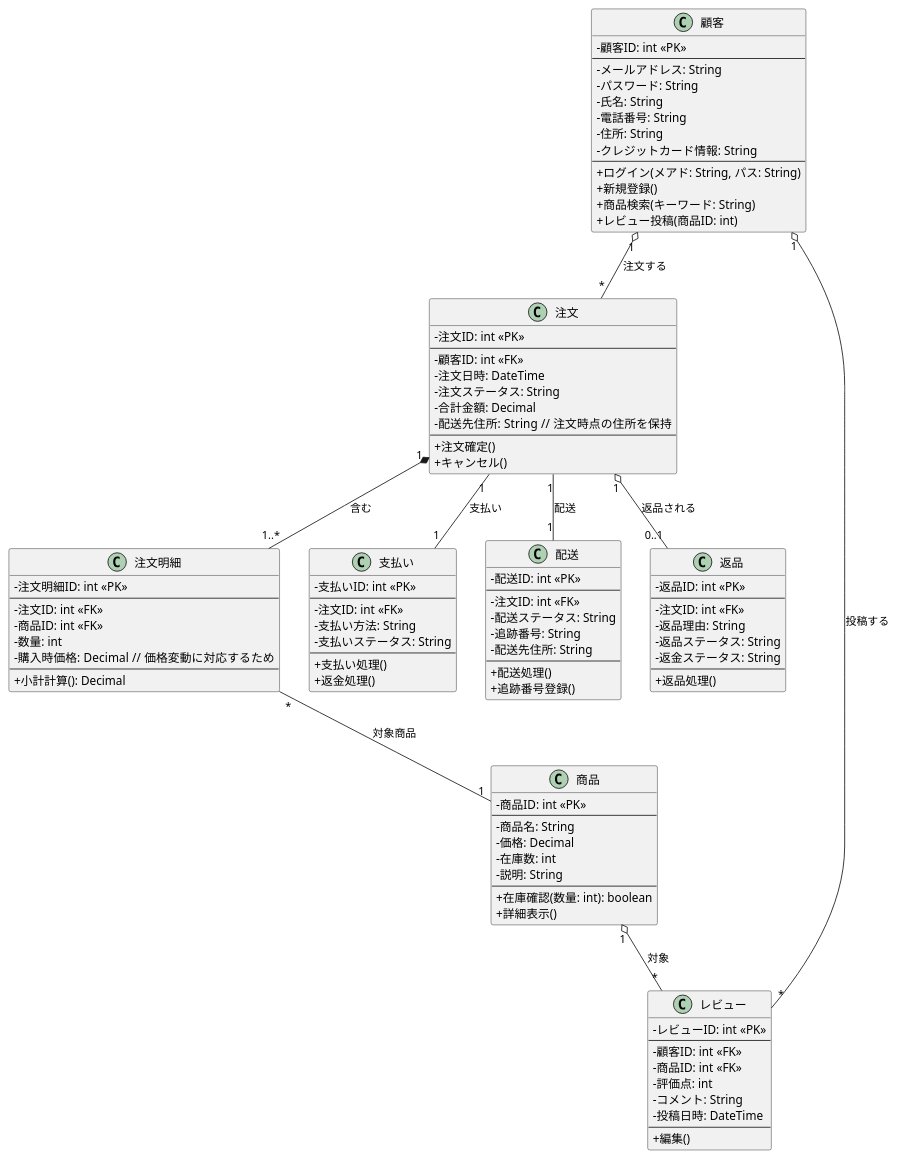
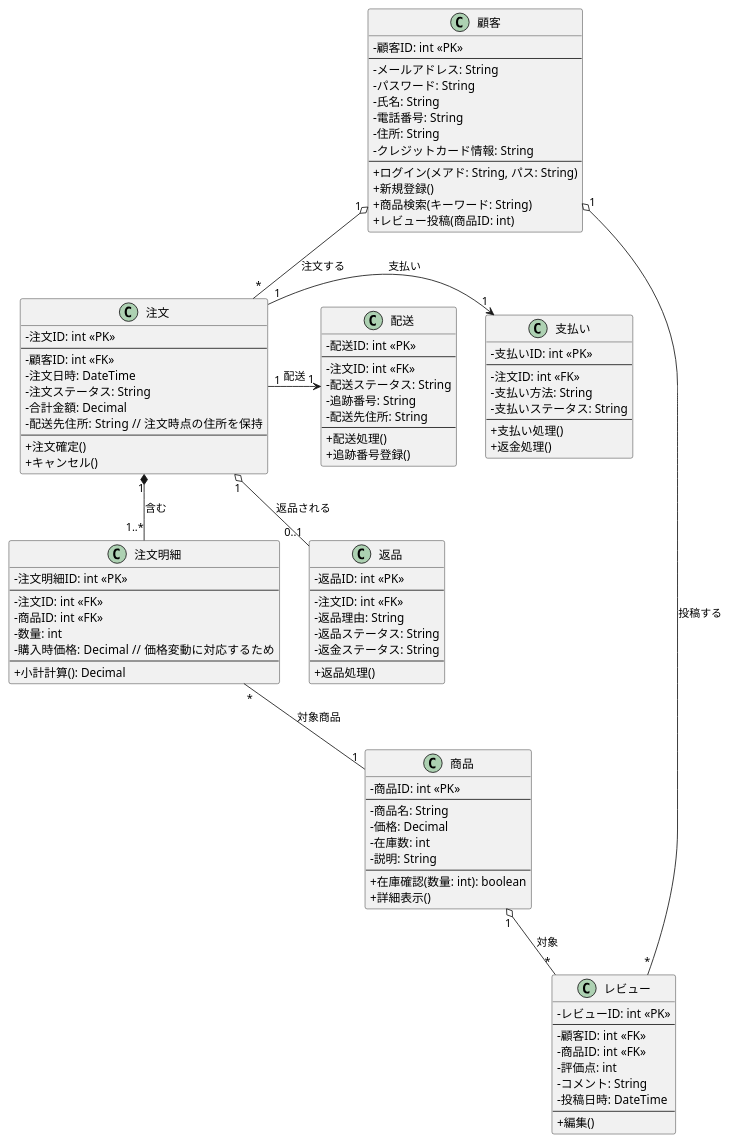
One commit to mameiku/group3-4 changed the diagram in class.pu. Above: the diagram before and after it, drawn with PlantUML.

Commit message:
微調整

```diff
--- a/class.pu
+++ b/class.pu
@@ -1,133 +1,133 @@
-@startuml Bag_systemドメインモデル図
+@startuml .
 skinparam handwritten false
 skinparam classAttributeIconSize 0
 
 class 顧客 {
     - 顧客ID: int <<PK>>
     --
     - メールアドレス: String
     - パスワード: String
     - 氏名: String
     - 電話番号: String
     - 住所: String
     - クレジットカード情報: String
     --
     + ログイン(メアド: String, パス: String)
     + 新規登録()
     + 商品検索(キーワード: String)
     + レビュー投稿(商品ID: int)
 }
 
 class 商品 {
     - 商品ID: int <<PK>>
     --
     - 商品名: String
     - 価格: Decimal
     - 在庫数: int
     - 説明: String
     --
     + 在庫確認(数量: int): boolean
     + 詳細表示()
 }
 
 class 注文 {
     - 注文ID: int <<PK>>
     --
     - 顧客ID: int <<FK>>
     - 注文日時: DateTime
     - 注文ステータス: String
     - 合計金額: Decimal
     - 配送先住所: String  // 注文時点の住所を保持
     --
     + 注文確定()
     + キャンセル()
 }
 
 class 注文明細 {
     - 注文明細ID: int <<PK>>
     --
     - 注文ID: int <<FK>>
     - 商品ID: int <<FK>>
     - 数量: int
     - 購入時価格: Decimal  // 価格変動に対応するため
     --
     + 小計計算(): Decimal
 }
 
 class レビュー {
     - レビューID: int <<PK>>
     --
     - 顧客ID: int <<FK>>
     - 商品ID: int <<FK>>
     - 評価点: int
     - コメント: String
     - 投稿日時: DateTime
     --
     + 編集()
 }
 
 class 支払い {
     - 支払いID: int <<PK>>
     --
     - 注文ID: int <<FK>>
     - 支払い方法: String
     - 支払いステータス: String
     --
     + 支払い処理()
     + 返金処理()
 }
 
 class 配送 {
     - 配送ID: int <<PK>>
     --
     - 注文ID: int <<FK>>
     - 配送ステータス: String
     - 追跡番号: String
     - 配送先住所: String
     --
     + 配送処理()
     + 追跡番号登録()
 }
 
 class 返品 {
     - 返品ID: int <<PK>>
     --
     - 注文ID: int <<FK>>
     - 返品理由: String
     - 返品ステータス: String
     - 返金ステータス: String
     --
     + 返品処理()
 }
 
 ' ====================================================================
 ' 関連定義 (Associations)
 ' ====================================================================
 
-' 顧客 - 注文 (一人の顧客が複数の注文)
+' 顧客 - 注文 
 顧客 "1" o-- "*" 注文 : 注文する
 
 ' 注文 - 注文明細 (注文は複数の明細を持つ)
 注文 "1" *-- "1..*" 注文明細 : 含む
 
-' 注文明細 - 商品 (注文明細は、その時点の価格で一つの商品を参照)
+' 注文明細 - 商品
 注文明細 "*" -- "1" 商品 : 対象商品
 
-' 顧客 - レビュー (一人の顧客が複数のレビュー)
+' 顧客 - レビュー
 顧客 "1" o-- "*" レビュー : 投稿する
 
+' 商品 - レビュー
+商品 "1" o-- "*" レビュー : 対象
+
 ' ********** 修正箇所 **********
-' 商品 - レビュー (一つの商品に複数のレビュー)
-商品 "1" o-- "*" レビュー : 対象
+' 注文 -> 支払い (注文から支払い情報を参照/操作)
+注文 "1" -> "1" 支払い : 支払い
+
+' 注文 -> 配送 (注文から配送情報を参照/操作)
+注文 "1" -> "1" 配送 : 配送
 ' ******************************
 
-' 注文 - 支払い (一つの注文に一つの支払い)
-注文 "1" -- "1" 支払い : 支払い
-
-' 注文 - 配送 (一つの注文に一つの配送)
-注文 "1" -- "1" 配送 : 配送
-
-' 注文 - 返品 (一つの注文は0回または1回の返品。完全返品を想定)
+' 注文 - 返品
 注文 "1" o-- "0..1" 返品 : 返品される
 
 @enduml
```
